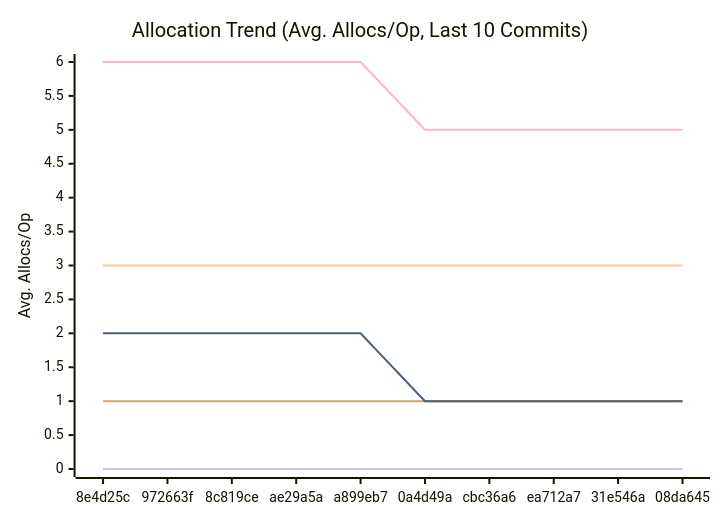
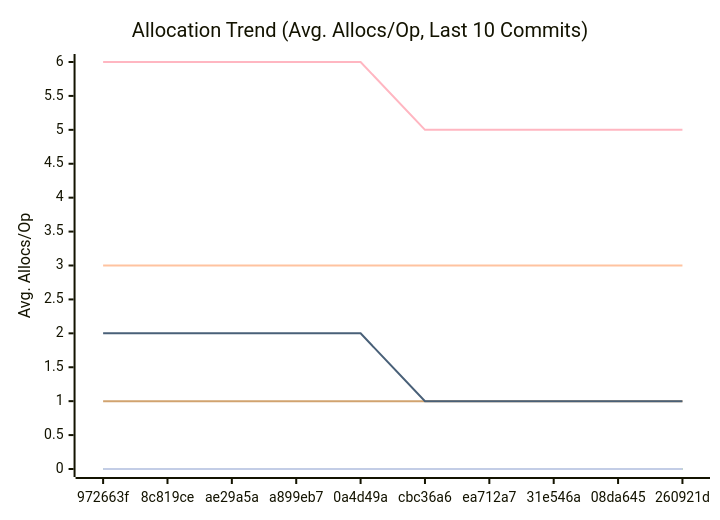
Before and after one commit to alsotoes/momo: the third of 3 diagrams in docs/PERFORMANCE.md, drawn with Mermaid. The commit also changed other lines of this file and 2 other files, not shown here.

````diff
--- a/docs/PERFORMANCE.md
+++ b/docs/PERFORMANCE.md
@@ -114,16 +114,16 @@
 ```mermaid
 xychart-beta
     title "Allocation Trend (Avg. Allocs/Op, Last 10 Commits)"
     x-axis "Commit"
     y-axis "Avg. Allocs/Op"
-    x-axis [8e4d25c,972663f,8c819ce,ae29a5a,a899eb7,0a4d49a,cbc36a6,ea712a7,31e546a,08da645]
+    x-axis [972663f,8c819ce,ae29a5a,a899eb7,0a4d49a,cbc36a6,ea712a7,31e546a,08da645,260921d]
     line "CheckMetricsAndSwap" [0,0,0,0,0,0,0,0,0,0]
     line "CrushOptimized" [0,0,0,0,0,0,0,0,0,0]
     line "CrushOriginal" [3,3,3,3,3,3,3,3,3,3]
     line "IndexDirectTracking" [0,0,0,0,0,0,0,0,0,0]
     line "IndexSearch" [0,0,0,0,0,0,0,0,0,0]
     line "LoadGlobalConfig" [1,1,1,1,1,1,1,1,1,1]
     line "PadString" [0,0,0,0,0,0,0,0,0,0]
     line "ParseReplicationOrder_NoPrealloc" [6,6,6,6,6,5,5,5,5,5]
     line "ParseReplicationOrder_Prealloc" [2,2,2,2,2,1,1,1,1,1]
 ```
````
